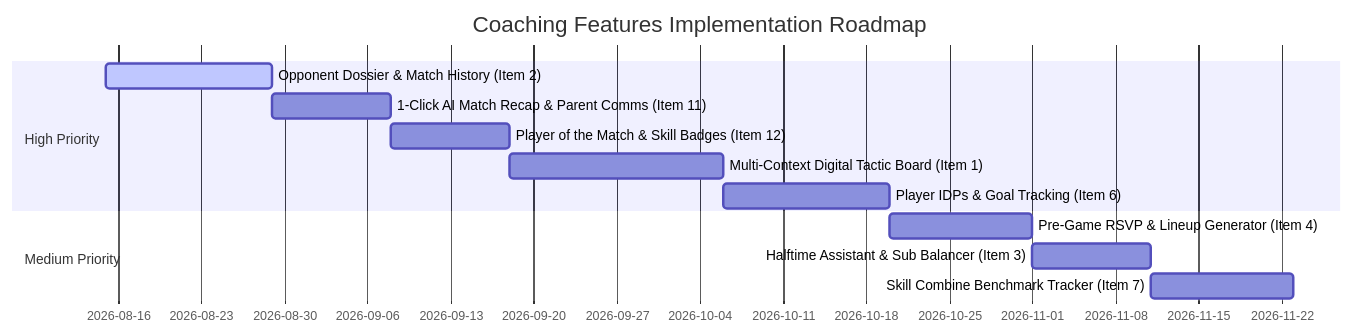
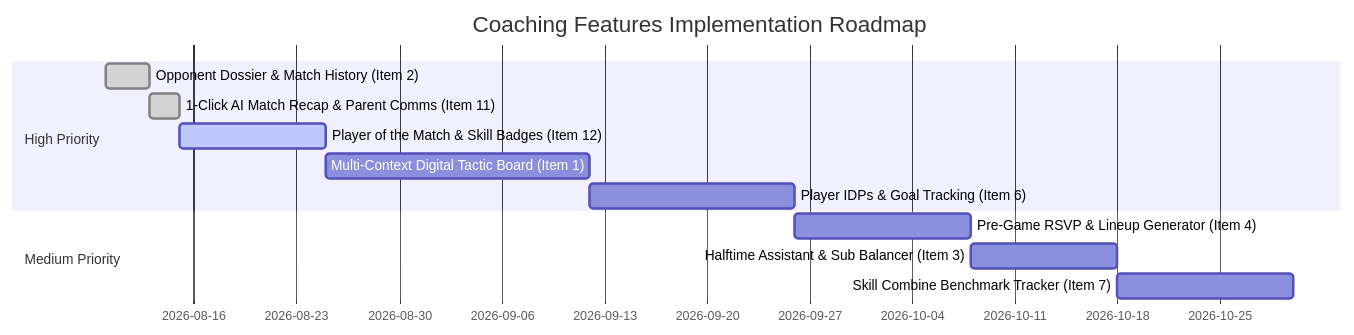
One commit to pjlamb12/apex-team-management changed the diagram in .planning/NEXT_FEATURES.md. Above: the diagram before and after it, drawn with Mermaid. The commit also changed other lines of this file and 21 other files, not shown here.

Commit message:
feat(events): 1-click AI match recap and parent communications via Gemini

````diff
--- a/.planning/NEXT_FEATURES.md
+++ b/.planning/NEXT_FEATURES.md
@@ -190,15 +190,15 @@
 ```mermaid
 gantt
     title Coaching Features Implementation Roadmap
     dateFormat  YYYY-MM-DD
     section High Priority
-    Opponent Dossier & Match History (Item 2)        :active, p1, 2026-08-15, 14d
-    1-Click AI Match Recap & Parent Comms (Item 11)   :p2, after p1, 10d
-    Player of the Match & Skill Badges (Item 12)     :p3, after p2, 10d
+    Opponent Dossier & Match History (Item 2)        :done, p1, 2026-08-10, 3d
+    1-Click AI Match Recap & Parent Comms (Item 11)   :done, p2, 2026-08-13, 2d
+    Player of the Match & Skill Badges (Item 12)     :active, p3, 2026-08-15, 10d
     Multi-Context Digital Tactic Board (Item 1)      :p4, after p3, 18d
     Player IDPs & Goal Tracking (Item 6)             :p5, after p4, 14d
     section Medium Priority
     Pre-Game RSVP & Lineup Generator (Item 4)        :p6, after p5, 12d
     Halftime Assistant & Sub Balancer (Item 3)       :p7, after p6, 10d
     Skill Combine Benchmark Tracker (Item 7)         :p8, after p7, 12d
 ```
````
